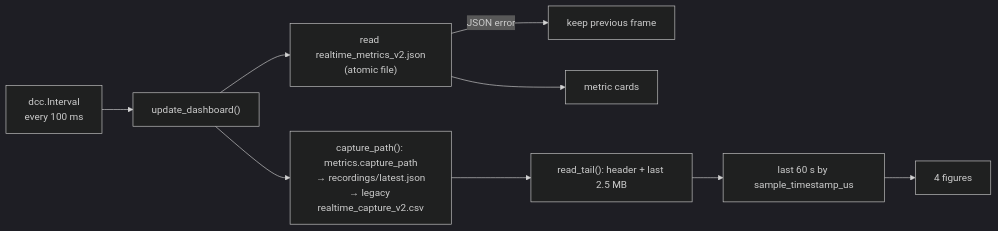
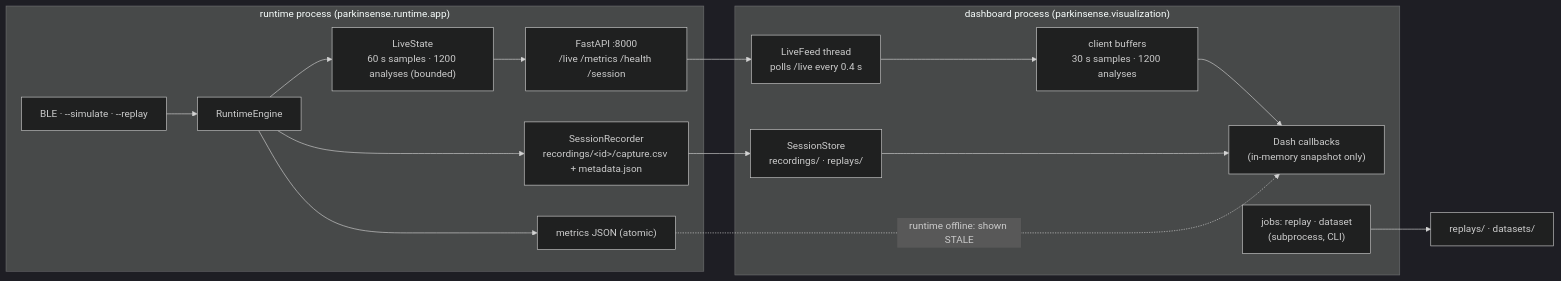
The diagram in docs/software/DASHBOARD_AND_API.md (sudo-pranshu/ParkinSense), drawn with Mermaid (dark theme) before and after one commit. The commit also changed other lines of this file and 45 other files, not shown here.

````diff
--- a/docs/software/DASHBOARD_AND_API.md
+++ b/docs/software/DASHBOARD_AND_API.md
@@ -21,11 +20,20 @@
 ```mermaid
 flowchart LR
-  T["dcc.Interval<br/>every 100 ms"] --> U["update_dashboard()"]
-  U --> M["read realtime_metrics_v2.json<br/>(atomic file)"]
-  M -- "JSON error" --> K["keep previous frame"]
-  U --> C["capture_path(): metrics.capture_path<br/>→ recordings/latest.json<br/>→ legacy realtime_capture_v2.csv"]
-  C --> R["read_tail(): header + last 2.5 MB"]
-  R --> W["last 60 s by sample_timestamp_us"]
-  W --> G["4 figures"]
-  M --> CARDS["metric cards"]
+  subgraph RT["runtime process (parkinsense.runtime.app)"]
+    SRC["BLE · --simulate · --replay"] --> ENG["RuntimeEngine"]
+    ENG --> REC["SessionRecorder<br/>recordings/&lt;id&gt;/capture.csv + metadata.json"]
+    ENG --> LS["LiveState<br/>60 s samples · 1200 analyses (bounded)"]
+    LS --> API["FastAPI :8000<br/>/live /metrics /health /session"]
+    ENG --> MF["metrics JSON (atomic)"]
+  end
+  subgraph DB["dashboard process (parkinsense.visualization)"]
+    LF["LiveFeed thread<br/>polls /live every 0.4 s"] --> BUF["client buffers<br/>30 s samples · 1200 analyses"]
+    BUF --> CB["Dash callbacks<br/>(in-memory snapshot only)"]
+    SS["SessionStore<br/>recordings/ · replays/"] --> CB
+    JOB["jobs: replay · dataset<br/>(subprocess, CLI)"]
+  end
+  API --> LF
+  MF -. "runtime offline: shown STALE" .-> CB
+  REC --> SS
+  JOB --> REP["replays/ · datasets/"]
 ```
````
